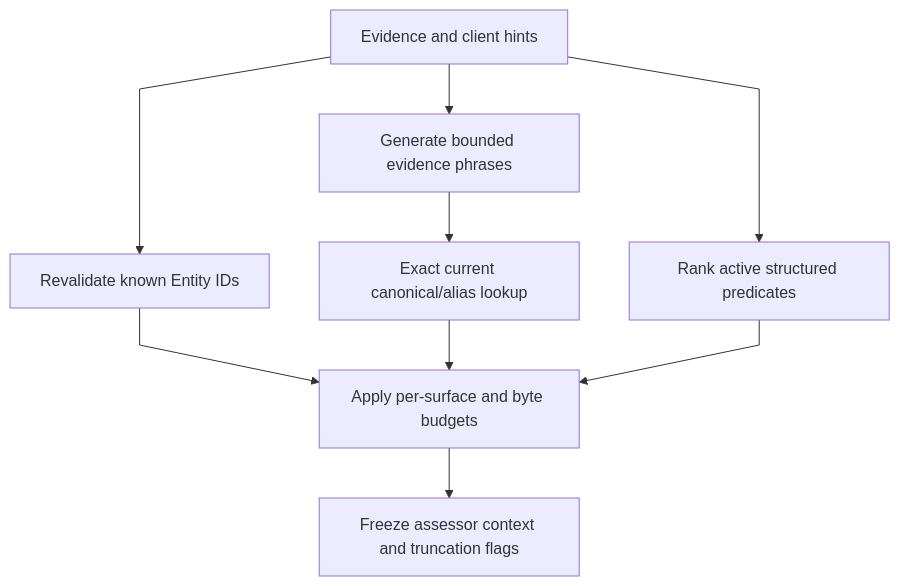
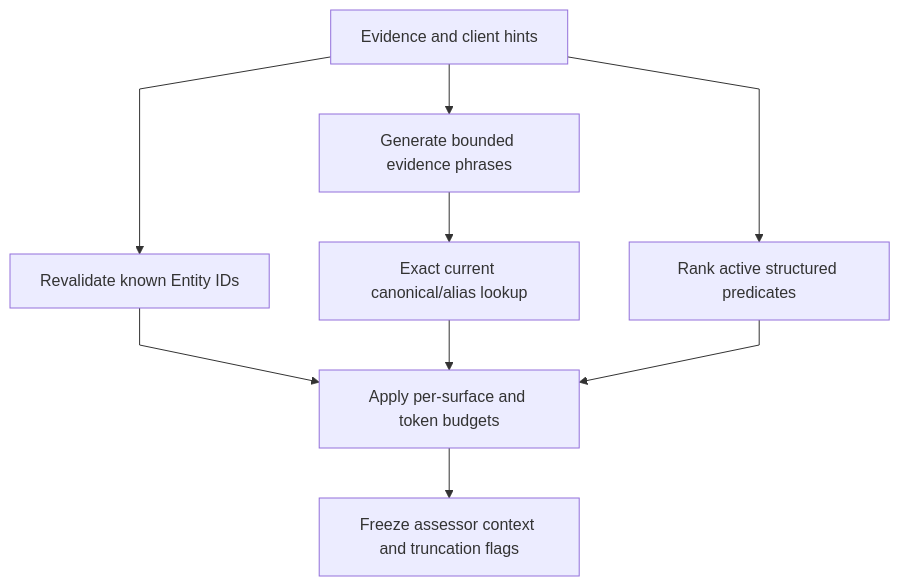
One commit to markhuangai/dense-mem changed the seventh of 14 diagrams in Write-Pipeline.md. Above: the diagram before and after it, drawn with Mermaid. The commit also changed other lines of this file and 18 other files, not shown here.

````diff
--- a/Write-Pipeline.md
+++ b/Write-Pipeline.md
@@ -326,12 +338,12 @@
 ```mermaid
 %%{init: {"flowchart": {"curve": "linear"}}}%%
 flowchart TD
   Input["Evidence and client hints"] --> Known["Revalidate known Entity IDs"]
   Input --> Phrases["Generate bounded evidence phrases"]
   Phrases --> Names["Exact current canonical/alias lookup"]
   Input --> Predicates["Rank active structured predicates"]
-  Known --> Budget["Apply per-surface and byte budgets"]
+  Known --> Budget["Apply per-surface and token budgets"]
   Names --> Budget
   Predicates --> Budget
   Budget --> Context["Freeze assessor context and truncation flags"]
 ```
````
